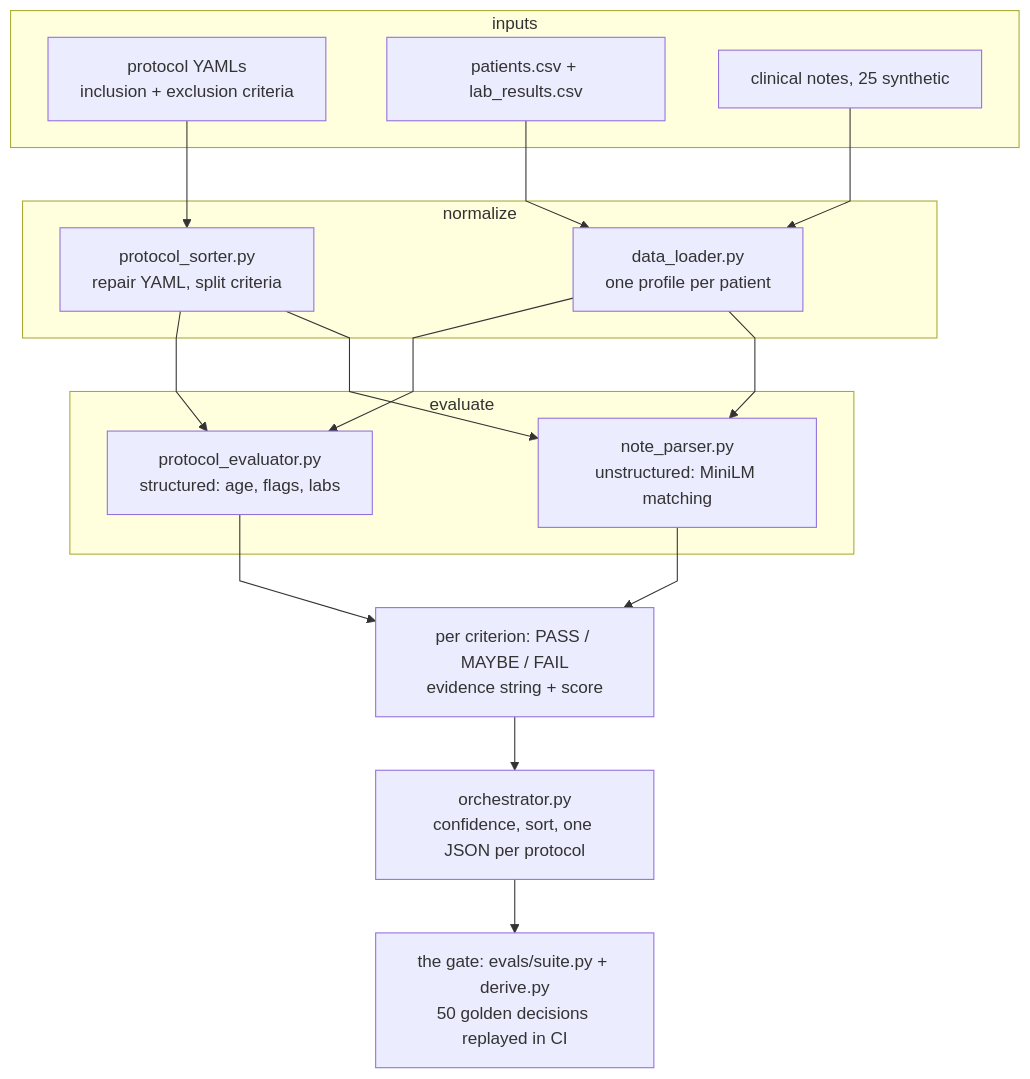
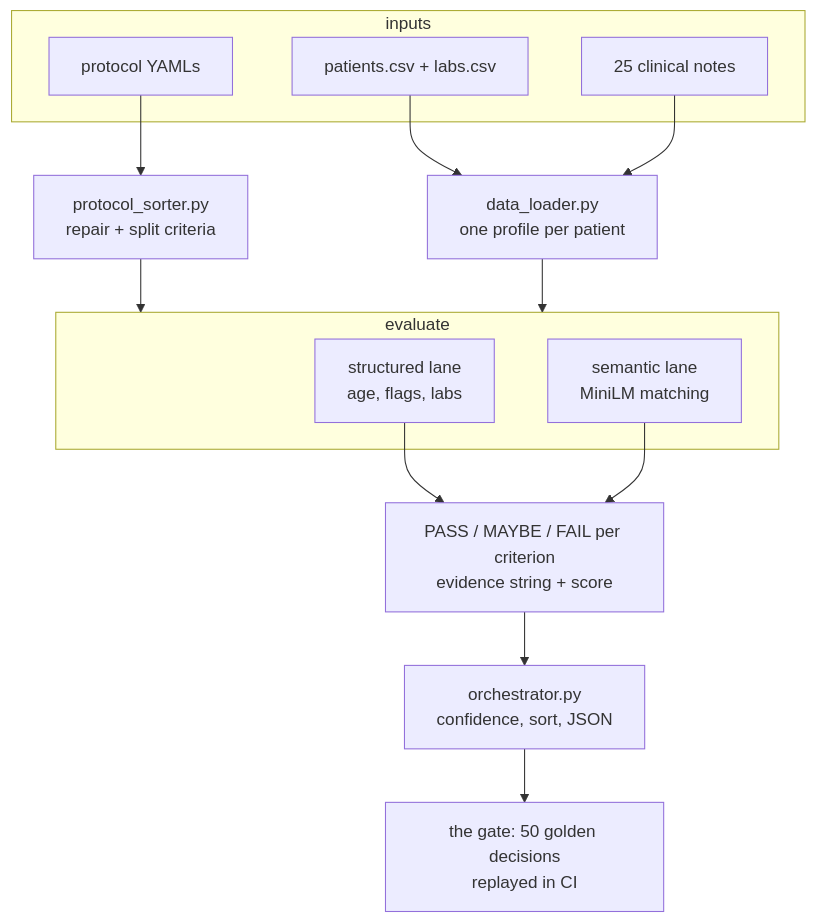
Before and after one commit to jameswniu/nlp-clinical-trial-eligibility-screening: the diagram in README.md, drawn with Mermaid.

Commit message:
Simplify the Mermaid graph so GitHub renders it larger

````diff
--- a/README.md
+++ b/README.md
@@ -86,32 +86,27 @@
 ```mermaid
-%%{init: {"flowchart": {"htmlLabels": true, "curve": "linear"}, "themeVariables": {"fontSize": "16px"}}}%%
 flowchart TD
     subgraph IN [inputs]
-        P["protocol YAMLs<br/>inclusion + exclusion criteria"]
-        C["patients.csv + lab_results.csv"]
-        N["clinical notes, 25 synthetic"]
+        P["protocol YAMLs"]
+        C["patients.csv + labs.csv"]
+        N["25 clinical notes"]
     end
-    subgraph NORM [normalize]
-        S["protocol_sorter.py<br/>repair YAML, split criteria"]
-        L["data_loader.py<br/>one profile per patient"]
+    S["protocol_sorter.py<br/>repair + split criteria"]
+    L["data_loader.py<br/>one profile per patient"]
+    subgraph EV [evaluate]
+        E["structured lane<br/>age, flags, labs"]
+        M["semantic lane<br/>MiniLM matching"]
     end
-    subgraph EVAL [evaluate]
-        E["protocol_evaluator.py<br/>structured: age, flags, labs"]
-        M["note_parser.py<br/>unstructured: MiniLM matching"]
-    end
-    V["per criterion: PASS / MAYBE / FAIL<br/>evidence string + score"]
-    O["orchestrator.py<br/>confidence, sort, one JSON per protocol"]
-    G["the gate: evals/suite.py + derive.py<br/>50 golden decisions replayed in CI"]
+    V["PASS / MAYBE / FAIL per criterion<br/>evidence string + score"]
+    O["orchestrator.py<br/>confidence, sort, JSON"]
+    G["the gate: 50 golden decisions<br/>replayed in CI"]
 
     P --> S
     C --> L
     N --> L
-    S --> E
-    L --> E
-    L --> M
-    S --> M
+    S --> EV
+    L --> EV
     E --> V
     M --> V
     V --> O
     O --> G
 ```
````
